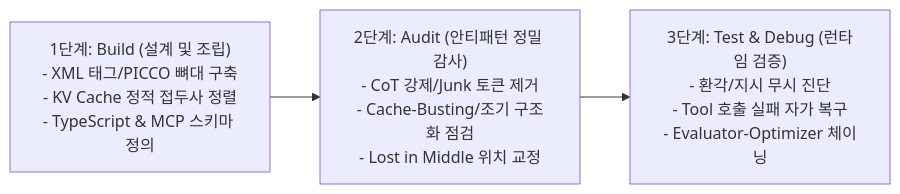
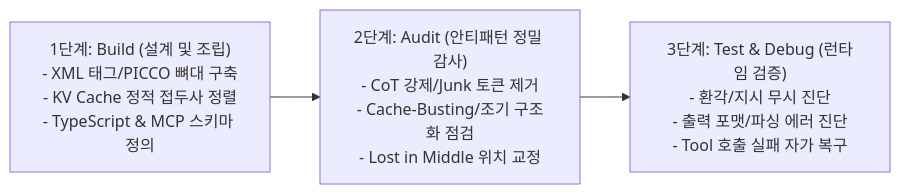
One commit to jin20203458/Obsidian.Agent changed the diagram in ai_agent_refs/AI_Prompt_Engineering_Guidelines.md. Above: the diagram before and after it, drawn with Mermaid. The commit also changed other lines of this file, not shown here.

````diff
--- a/ai_agent_refs/AI_Prompt_Engineering_Guidelines.md
+++ b/ai_agent_refs/AI_Prompt_Engineering_Guidelines.md
@@ -23,5 +23,5 @@
 ```mermaid
 flowchart LR
     A["1단계: Build (설계 및 조립)<br/>- XML 태그/PICCO 뼈대 구축<br/>- KV Cache 정적 접두사 정렬<br/>- TypeScript & MCP 스키마 정의"] --> B["2단계: Audit (안티패턴 정밀 감사)<br/>- CoT 강제/Junk 토큰 제거<br/>- Cache-Busting/조기 구조화 점검<br/>- Lost in Middle 위치 교정"]
-    B --> C["3단계: Test & Debug (런타임 검증)<br/>- 환각/지시 무시 진단<br/>- Tool 호출 실패 자가 복구<br/>- Evaluator-Optimizer 체이닝"]
+    B --> C["3단계: Test & Debug (런타임 검증)<br/>- 환각/지시 무시 진단<br/>- 출력 포맷/파싱 에러 진단<br/>- Tool 호출 실패 자가 복구"]
 ```
````
